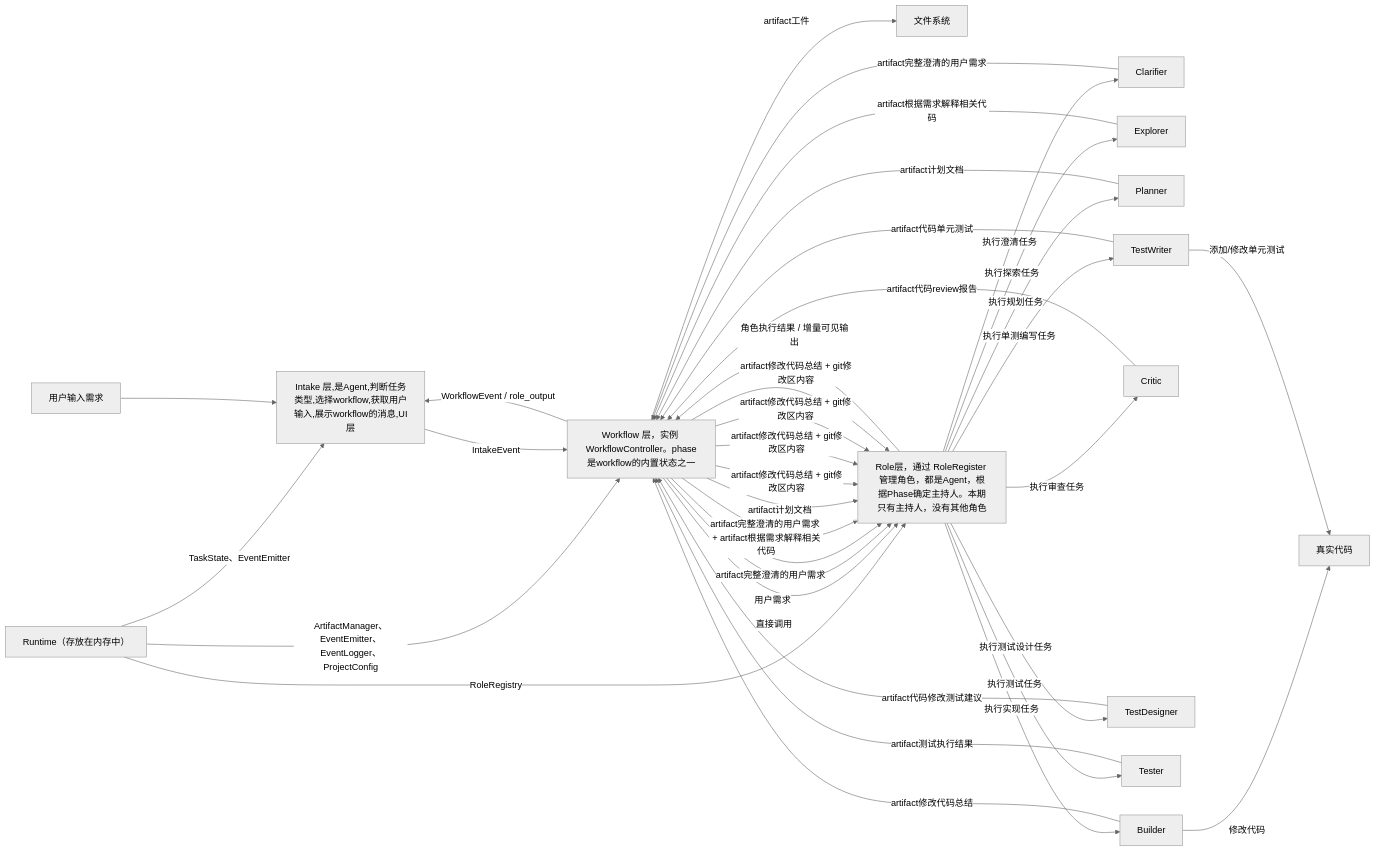
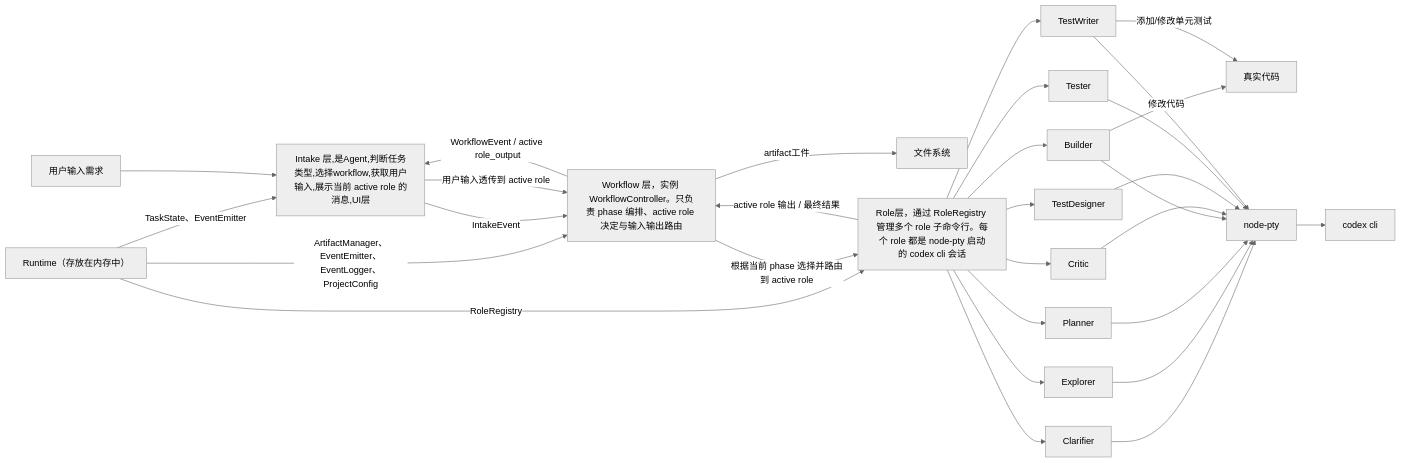
The first of 2 diagrams in roleflow/context/project.md (AryzingKhaos/AegisFlow), drawn with Mermaid (neutral theme) before and after one commit. The commit also changed other lines of this file and 16 other files, not shown here.

First line of the commit message:
feat(default-workflow): route intake through active role PTY sessions

````diff
--- a/roleflow/context/project.md
+++ b/roleflow/context/project.md
@@ -125,57 +125,53 @@
 ```mermaid
 flowchart LR
    U[用户输入需求]
    R[Runtime（存放在内存中）]
    F[文件系统]
    CODE[真实代码]
-   L1[Intake 层,是Agent,判断任务类型,选择workflow,获取用户输入,展示workflow的消息,UI层]
-   L2[Workflow 层，实例 WorkflowController。phase是workflow的内置状态之一]
-   L3[Role层，通过 RoleRegister 管理角色，都是Agent，根据Phase确定主持人。本期只有主持人，没有其他角色]
+   L1[Intake 层,是Agent,判断任务类型,选择workflow,获取用户输入,展示当前 active role 的消息,UI层]
+   L2[Workflow 层，实例 WorkflowController。只负责 phase 编排、active role 决定与输入输出路由]
+   L3[Role层，通过 RoleRegistry 管理多个 role 子命令行。每个 role 都是 node-pty 启动的 codex cli 会话]
    Role1[Clarifier]
    Role2[Explorer]
    Role3[Planner]
    Role4[Builder]
    Role5[Critic]
    Role6[TestDesigner]
    Role7[Tester]
    Role8[TestWriter]
+   PTY[node-pty]
+   CLI[codex cli]
 
    R -->|TaskState、EventEmitter| L1
    R -->|ArtifactManager、EventEmitter、EventLogger、ProjectConfig| L2
    R -->|RoleRegistry| L3
 
    U --> L1
    L1 -->|IntakeEvent| L2
-   L2 -->|WorkflowEvent / role_output| L1
-   L2 -->|直接调用| L3
+   L2 -->|WorkflowEvent / active role_output| L1
+   L1 -->|用户输入透传到 active role| L2
+   L2 -->|根据当前 phase 选择并路由到 active role| L3
 
-   L3 -->|角色执行结果 / 增量可见输出| L2
+   L3 -->|active role 输出 / 最终结果| L2
    L2 -->|artifact工件| F
 
-   L2 -->|用户需求| L3
-   L3 -->|执行澄清任务| Role1
-   Role1 -->|artifact完整澄清的用户需求| L2
-   L2 -->|artifact完整澄清的用户需求| L3
-   L3 -->|执行探索任务| Role2
-   Role2 -->|artifact根据需求解释相关代码| L2
-   L2 -->|artifact完整澄清的用户需求 + artifact根据需求解释相关代码| L3
-   L3 -->|执行规划任务| Role3
-   Role3 -->|artifact计划文档| L2
-   L2 -->|artifact计划文档| L3
-   L3 -->|执行实现任务| Role4
+   L3 --> Role1
+   L3 --> Role2
+   L3 --> Role3
+   L3 --> Role4
+   L3 --> Role5
+   L3 --> Role6
+   L3 --> Role7
+   L3 --> Role8
+   Role1 --> PTY
+   Role2 --> PTY
+   Role3 --> PTY
+   Role4 --> PTY
+   Role5 --> PTY
+   Role6 --> PTY
+   Role7 --> PTY
+   Role8 --> PTY
+   PTY --> CLI
    Role4 -->|修改代码| CODE
-   Role4 -->|artifact修改代码总结| L2
-   L2 -->|artifact修改代码总结 + git修改区内容| L3
-   L3 -->|执行审查任务| Role5
-   Role5 -->|artifact代码review报告| L2
-   L2 -->|artifact修改代码总结 + git修改区内容| L3
-   L3 -->|执行测试设计任务| Role6
-   Role6 -->|artifact代码修改测试建议| L2
-   L2 -->|artifact修改代码总结 + git修改区内容| L3
-   L3 -->|执行测试任务| Role7
-   Role7 -->|artifact测试执行结果| L2
-   L2 -->|artifact修改代码总结 + git修改区内容| L3
-   L3 -->|执行单测编写任务| Role8
    Role8 -->|添加/修改单元测试| CODE
-   Role8 -->|artifact代码单元测试| L2
 ```
````
